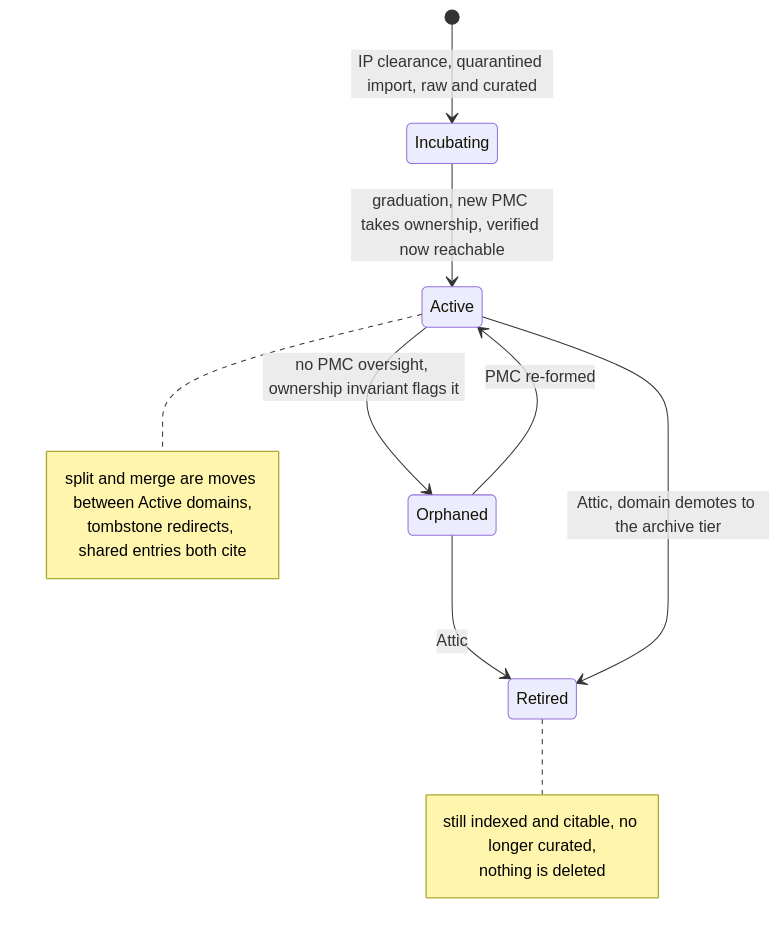
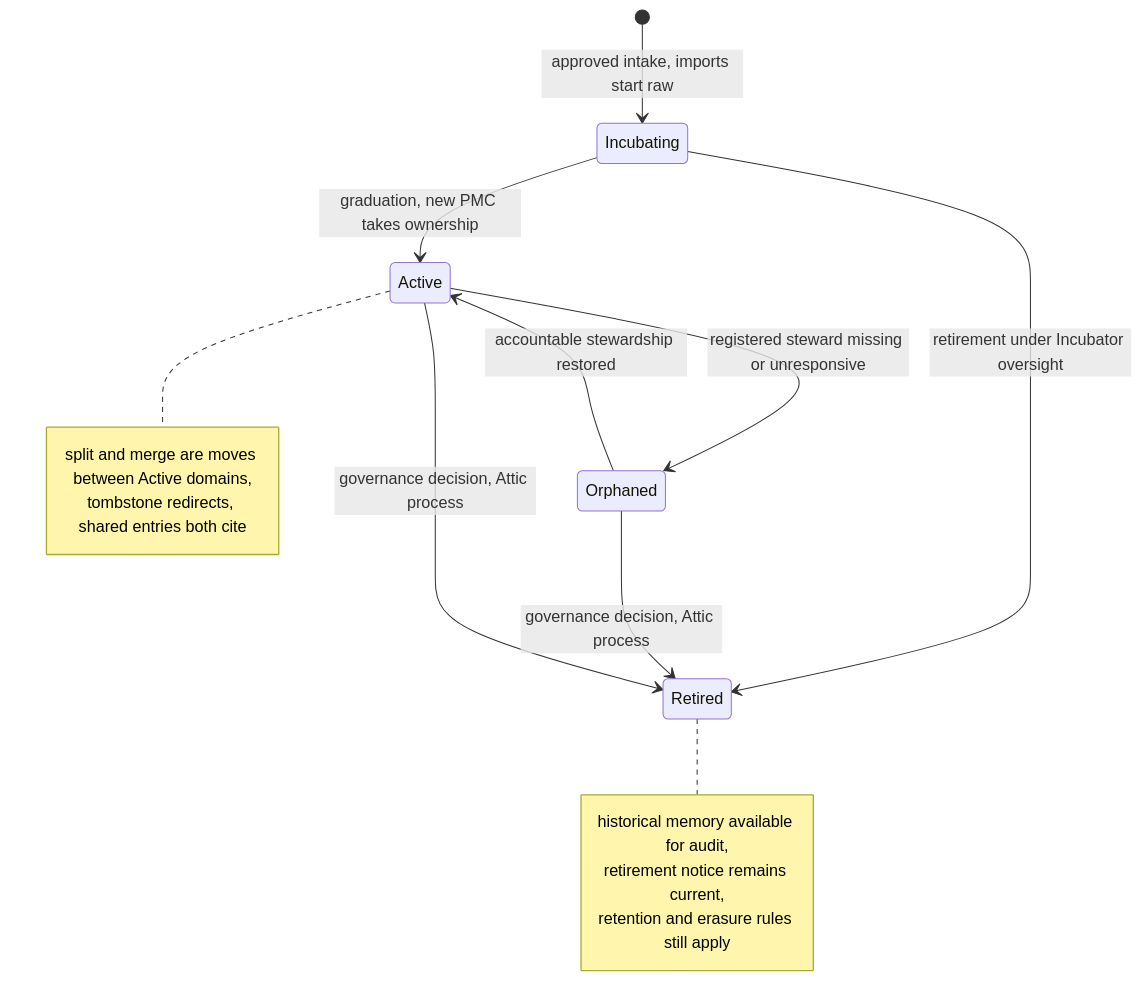
One commit to apache/tooling-memory changed the first of 2 diagrams in docs/seeding-a-foundation.md. Above: the diagram before and after it, drawn with Mermaid. The commit also changed other lines of this file, not shown here.

````diff
--- a/docs/seeding-a-foundation.md
+++ b/docs/seeding-a-foundation.md
@@ -47,17 +49,19 @@
 ```mermaid
 stateDiagram-v2
-    [*] --> Incubating: IP clearance, quarantined import, raw and curated
-    Incubating --> Active: graduation, new PMC takes ownership, verified now reachable
-    Active --> Orphaned: no PMC oversight, ownership invariant flags it
-    Orphaned --> Active: PMC re-formed
-    Orphaned --> Retired: Attic
-    Active --> Retired: Attic, domain demotes to the archive tier
+    [*] --> Incubating: approved intake, imports start raw
+    Incubating --> Active: graduation, new PMC takes ownership
+    Incubating --> Retired: retirement under Incubator oversight
+    Active --> Orphaned: registered steward missing or unresponsive
+    Orphaned --> Active: accountable stewardship restored
+    Orphaned --> Retired: governance decision, Attic process
+    Active --> Retired: governance decision, Attic process
     note right of Active
         split and merge are moves between Active domains,
         tombstone redirects, shared entries both cite
     end note
     note right of Retired
-        still indexed and citable, no longer curated,
-        nothing is deleted
+        historical memory available for audit,
+        retirement notice remains current,
+        retention and erasure rules still apply
     end note
 ```
````
